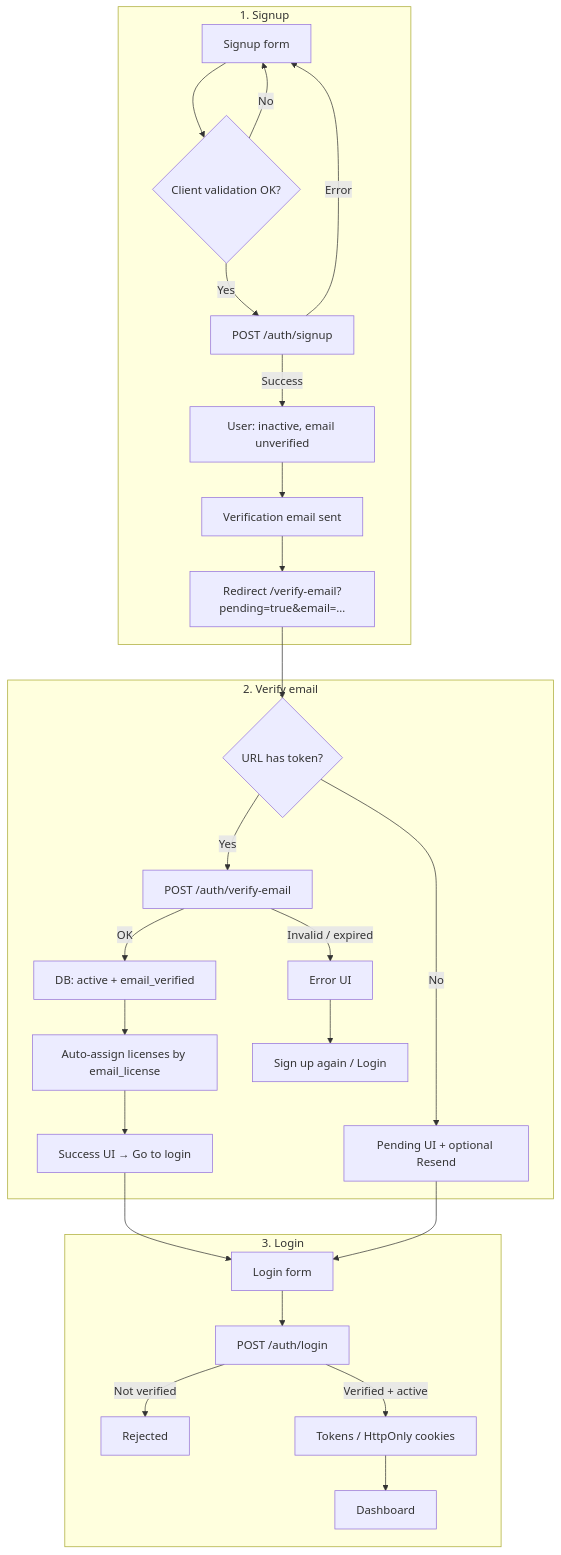
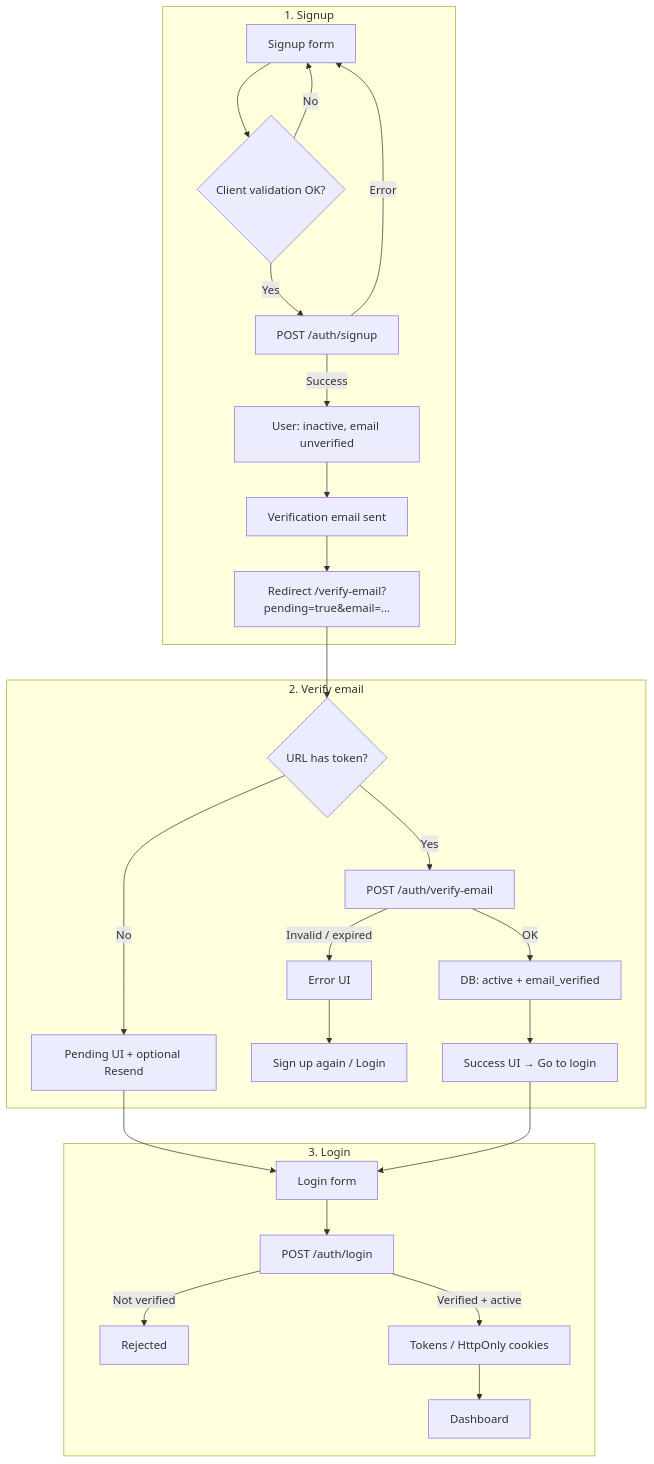
Before and after one commit to josephnguyen-macusaone/abc-dashboard: the first of 3 diagrams in frontend/docs/guides/signup-and-email-verification.md, drawn with Mermaid. The commit also changed other lines of this file and 53 other files, not shown here.

First line of the commit message:
refactor(licenses): remove auto-assign licenses functionality and update related logic

````diff
--- a/frontend/docs/guides/signup-and-email-verification.md
+++ b/frontend/docs/guides/signup-and-email-verification.md
@@ -16,33 +16,32 @@
 ```mermaid
 flowchart TB
   subgraph signup["1. Signup"]
     A[Signup form] --> B{Client validation OK?}
     B -->|No| A
     B -->|Yes| C["POST /auth/signup"]
     C -->|Error| A
     C -->|Success| D["User: inactive, email unverified"]
     D --> E[Verification email sent]
     E --> F["Redirect /verify-email?pending=true&email=…"]
   end
 
   subgraph verify["2. Verify email"]
     F --> G{URL has token?}
     G -->|No| H[Pending UI + optional Resend]
     G -->|Yes| I["POST /auth/verify-email"]
     I -->|Invalid / expired| J[Error UI]
     I -->|OK| K["DB: active + email_verified"]
-    K --> L["Auto-assign licenses by email_license"]
-    L --> M[Success UI → Go to login]
+    K --> M[Success UI → Go to login]
     J --> N[Sign up again / Login]
   end
 
   subgraph login["3. Login"]
     M --> O[Login form]
     O --> P["POST /auth/login"]
     P -->|Not verified| Q[Rejected]
     P -->|Verified + active| R[Tokens / HttpOnly cookies]
     R --> S[Dashboard]
   end
 
   H --> O
 ```
````
